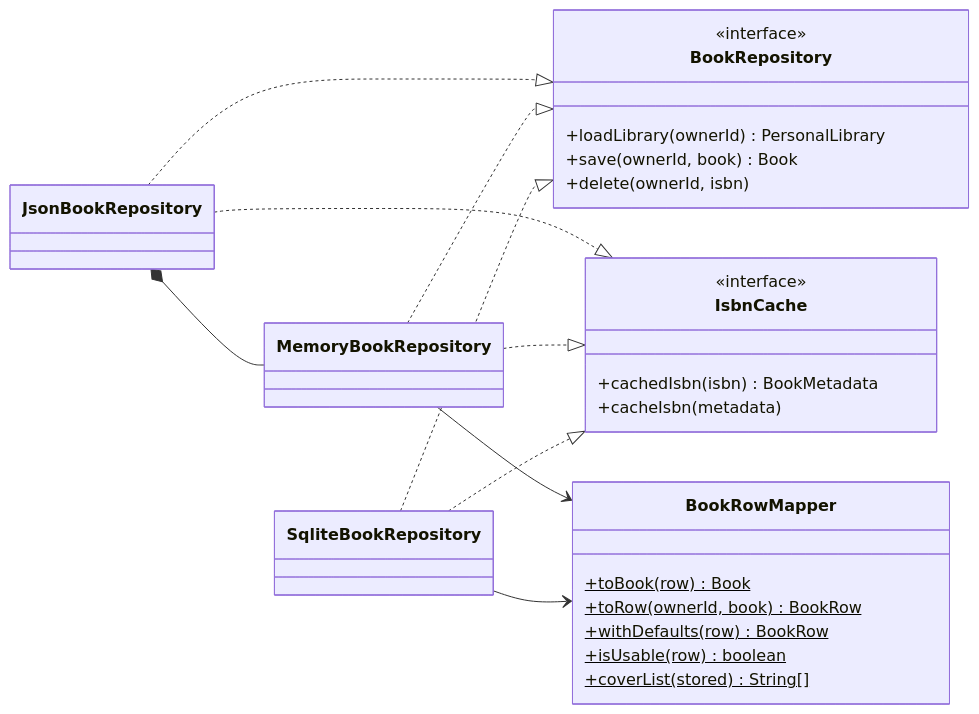
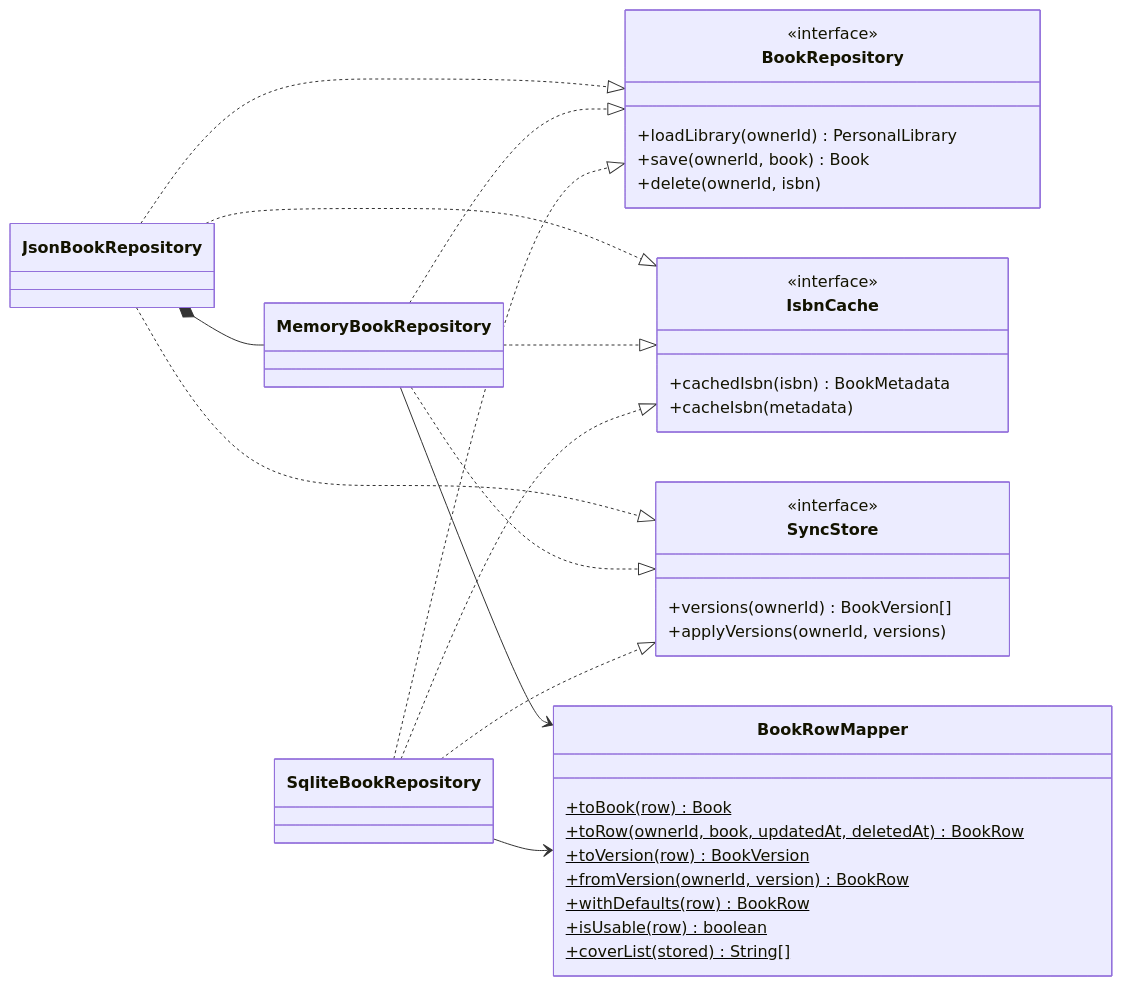
The diagram in docs/design/diagrams/iface-data.mmd (ghechavarria/cen5064-project-hechavarria), drawn with Mermaid before and after one commit. The commit also changed 23 other files, not shown here.

First line of the commit message:
Diagrams: feature 4 in the C4 and UML views, every figure at 7pt or larger

```diff
--- a/docs/design/diagrams/iface-data.mmd
+++ b/docs/design/diagrams/iface-data.mmd
@@ -1,29 +1,39 @@
 classDiagram
     direction LR
     class BookRepository {
         <<interface>>
         +loadLibrary(ownerId) PersonalLibrary
         +save(ownerId, book) Book
         +delete(ownerId, isbn)
     }
     class IsbnCache {
         <<interface>>
         +cachedIsbn(isbn) BookMetadata
         +cacheIsbn(metadata)
     }
+    class SyncStore {
+        <<interface>>
+        +versions(ownerId) BookVersion[]
+        +applyVersions(ownerId, versions)
+    }
     class BookRowMapper {
         +toBook(row)$ Book
-        +toRow(ownerId, book)$ BookRow
+        +toRow(ownerId, book, updatedAt, deletedAt)$ BookRow
+        +toVersion(row)$ BookVersion
+        +fromVersion(ownerId, version)$ BookRow
         +withDefaults(row)$ BookRow
         +isUsable(row)$ boolean
         +coverList(stored)$ String[]
     }
     SqliteBookRepository ..|> BookRepository
     MemoryBookRepository ..|> BookRepository
     JsonBookRepository ..|> BookRepository
     SqliteBookRepository ..|> IsbnCache
     MemoryBookRepository ..|> IsbnCache
     JsonBookRepository ..|> IsbnCache
+    SqliteBookRepository ..|> SyncStore
+    MemoryBookRepository ..|> SyncStore
+    JsonBookRepository ..|> SyncStore
     JsonBookRepository *-- MemoryBookRepository
     SqliteBookRepository --> BookRowMapper
     MemoryBookRepository --> BookRowMapper
```
